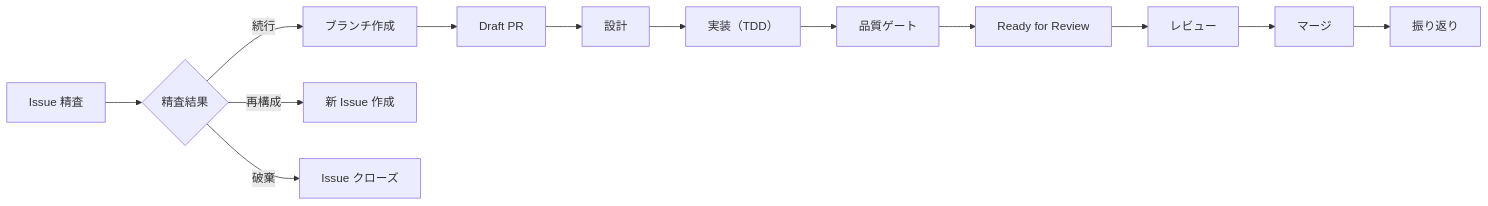
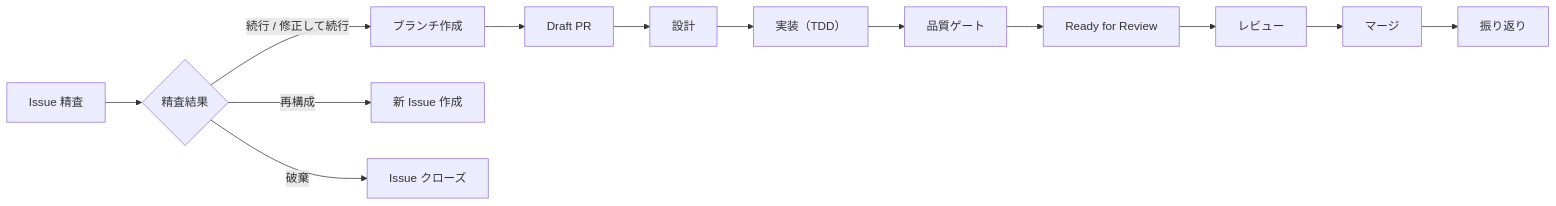
The diagram in .claude/rules/dev-flow-issue.md (ka2kama/ringiflow), drawn with Mermaid before and after one commit.

Commit message:
#944 Fix Mermaid flowchart node labels to use ID["label"] format
Apply docs.md rule requiring flowchart nodes to use ID["ラベル"] format.
Also add "修正して続行" to the scrutiny result branch label for
consistency with the detailed table.

````diff
--- a/.claude/rules/dev-flow-issue.md
+++ b/.claude/rules/dev-flow-issue.md
@@ -7,15 +7,15 @@
 ```mermaid
 flowchart LR
     精査["Issue 精査"] --> 判定{精査結果}
-    判定 -->|続行| ブランチ["ブランチ作成"]
+    判定 -->|続行 / 修正して続行| ブランチ["ブランチ作成"]
     判定 -->|再構成| 新Issue["新 Issue 作成"]
     判定 -->|破棄| クローズ["Issue クローズ"]
     ブランチ --> PR["Draft PR"]
-    PR --> 設計
+    PR --> 設計["設計"]
     設計 --> 実装["実装（TDD）"]
     実装 --> 品質["品質ゲート"]
     品質 --> Ready["Ready for Review"]
-    Ready --> レビュー
-    レビュー --> マージ
-    マージ --> 振り返り
+    Ready --> レビュー["レビュー"]
+    レビュー --> マージ["マージ"]
+    マージ --> 振り返り["振り返り"]
 ```
````
